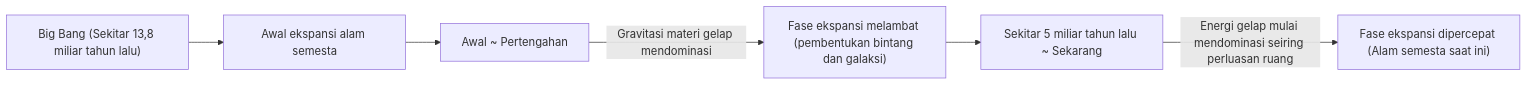
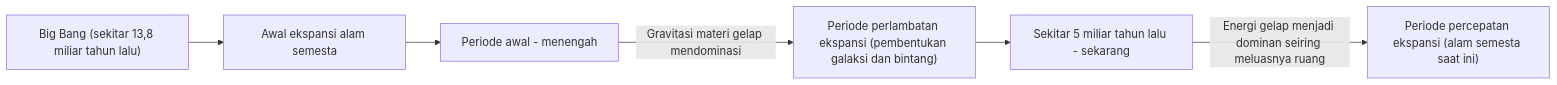
One commit to kenjinote/blog changed the second of 2 diagrams in content/post/dark-matter-dark-energy-mysteries/index.id.md. Above: the diagram before and after it, drawn with Mermaid. The commit also changed other lines of this file and 12 other files, not shown here.

````diff
--- a/content/post/dark-matter-dark-energy-mysteries/index.id.md
+++ b/content/post/dark-matter-dark-energy-mysteries/index.id.md
@@ -83,8 +89,8 @@
 ```mermaid
 graph LR
-    A["Big Bang (Sekitar 13,8 miliar tahun lalu)"] --> B["Awal ekspansi alam semesta"]
-    B --> C["Awal ~ Pertengahan"]
-    C -->|"Gravitasi materi gelap mendominasi"| D["Fase ekspansi melambat (pembentukan bintang dan galaksi)"]
-    D --> E["Sekitar 5 miliar tahun lalu ~ Sekarang"]
-    E -->|"Energi gelap mulai mendominasi seiring perluasan ruang"| F["Fase ekspansi dipercepat (Alam semesta saat ini)"]
+    A["Big Bang (sekitar 13,8 miliar tahun lalu)"] --> B["Awal ekspansi alam semesta"]
+    B --> C["Periode awal - menengah"]
+    C -- "Gravitasi materi gelap mendominasi" --> D["Periode perlambatan ekspansi (pembentukan galaksi dan bintang)"]
+    D --> E["Sekitar 5 miliar tahun lalu - sekarang"]
+    E -- "Energi gelap menjadi dominan seiring meluasnya ruang" --> F["Periode percepatan ekspansi (alam semesta saat ini)"]
 ```
````
